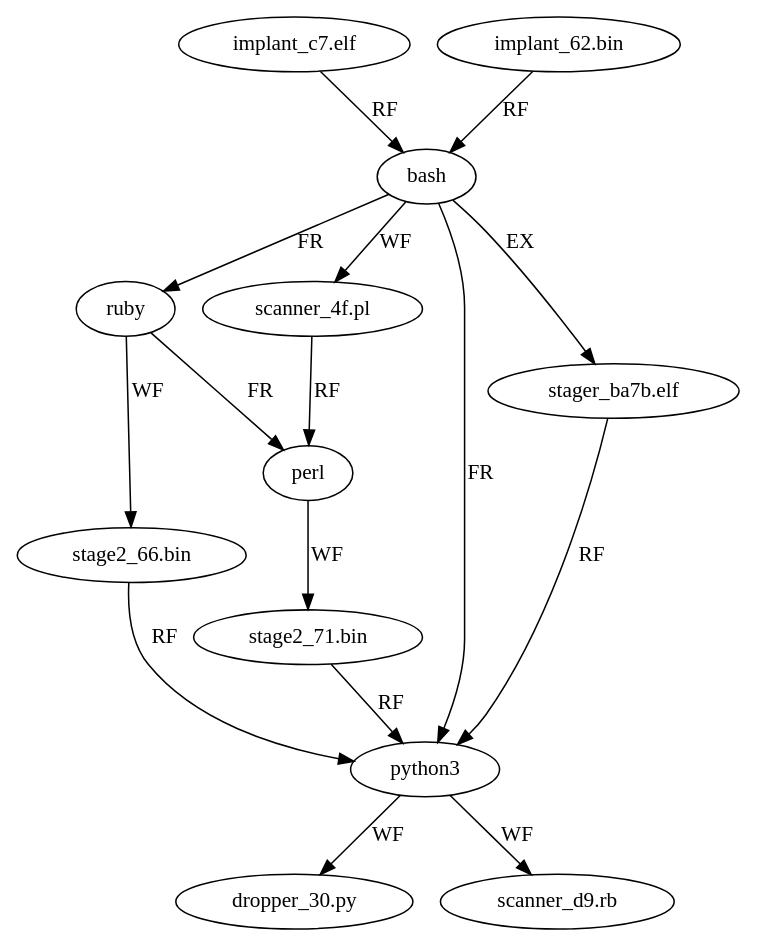
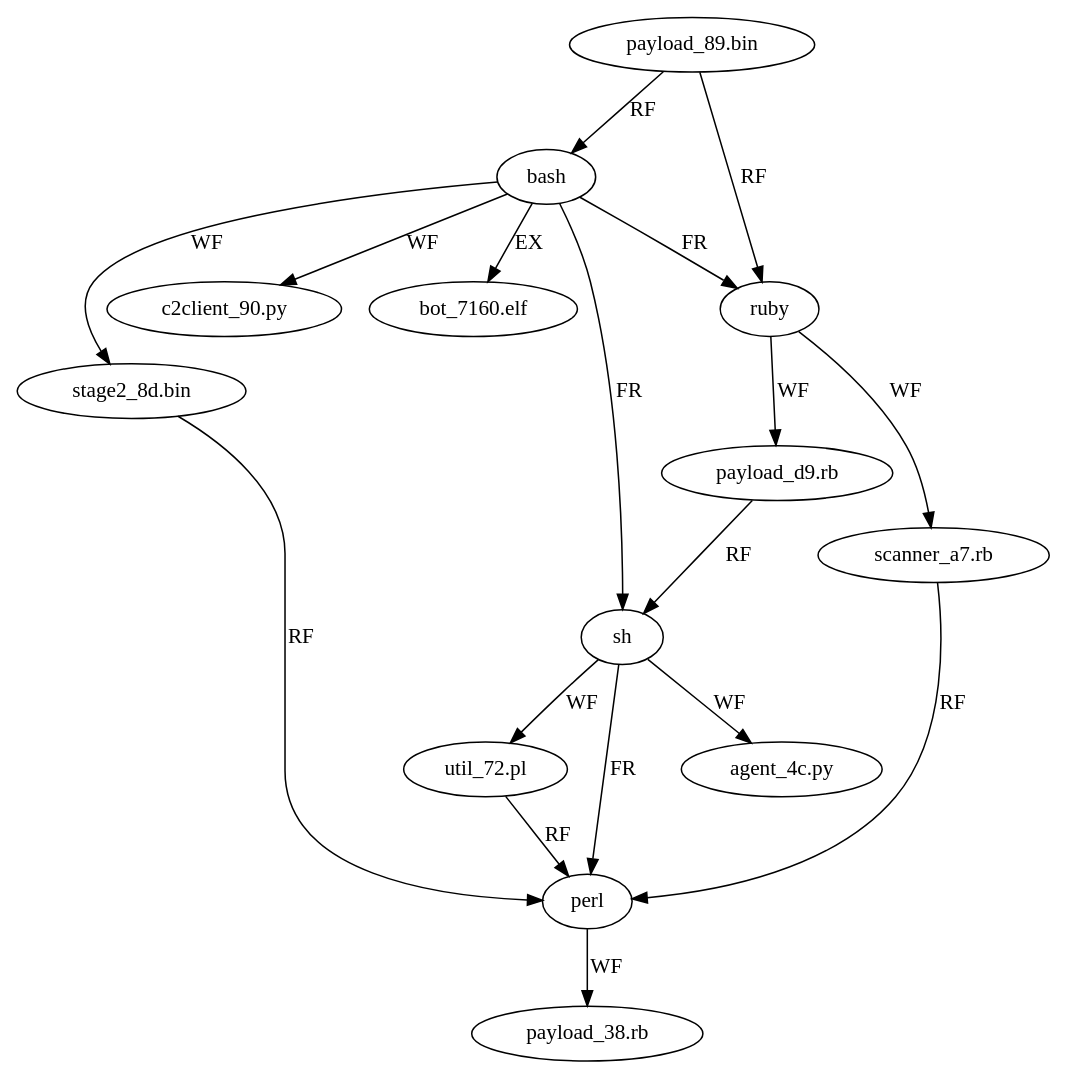
The diagram in Attack_Agent/result_handoff/APT38/clusters/cluster_02_T1059.003.dot (gianghitran/MARL-VariantHunter-Architecture), drawn with Graphviz before and after one commit. The commit also changed 3528 other files, not shown here.

```diff
--- a/Attack_Agent/result_handoff/APT38/clusters/cluster_02_T1059.003.dot
+++ b/Attack_Agent/result_handoff/APT38/clusters/cluster_02_T1059.003.dot
@@ -1,29 +1,32 @@
 digraph {
   p0_s2 [label="bash" type=process stage="T1059.003"]
-  fin0_s2 [label="implant_c7.elf" type=file stage="T1059.003"]
-  fin1_s2 [label="implant_62.bin" type=file stage="T1059.003"]
+  fin0_s2 [label="payload_89.bin" type=file stage="T1059.003"]
   p1_s2 [label="ruby" type=process stage="T1059.003"]
-  f0_0_s2 [label="stage2_66.bin" type=file stage="T1059.003"]
-  p2_s2 [label="perl" type=process stage="T1059.003"]
-  f1_0_s2 [label="stage2_71.bin" type=file stage="T1059.003"]
-  p3_s2 [label="python3" type=process stage="T1059.003"]
-  f2_0_s2 [label="dropper_30.py" type=file stage="T1059.003"]
-  f2_1_s2 [label="scanner_d9.rb" type=file stage="T1059.003"]
-  fh0_s2 [label="scanner_4f.pl" type=file stage="T1059.003"]
-  exec_s2 [label="stager_ba7b.elf" type=file stage="T1059.003"]
+  f0_0_s2 [label="scanner_a7.rb" type=file stage="T1059.003"]
+  f0_1_s2 [label="payload_d9.rb" type=file stage="T1059.003"]
+  p2_s2 [label="sh" type=process stage="T1059.003"]
+  f1_0_s2 [label="agent_4c.py" type=file stage="T1059.003"]
+  f1_1_s2 [label="util_72.pl" type=file stage="T1059.003"]
+  p3_s2 [label="perl" type=process stage="T1059.003"]
+  f2_0_s2 [label="payload_38.rb" type=file stage="T1059.003"]
+  fh0_s2 [label="c2client_90.py" type=file stage="T1059.003"]
+  fh1_s2 [label="stage2_8d.bin" type=file stage="T1059.003"]
+  exec_s2 [label="bot_7160.elf" type=file stage="T1059.003"]
   fin0_s2 -> p0_s2 [label="RF"]
-  fin1_s2 -> p0_s2 [label="RF"]
   p0_s2 -> p1_s2 [label="FR"]
   p1_s2 -> f0_0_s2 [label="WF"]
-  p1_s2 -> p2_s2 [label="FR"]
+  p1_s2 -> f0_1_s2 [label="WF"]
+  fin0_s2 -> p1_s2 [label="RF"]
+  p0_s2 -> p2_s2 [label="FR"]
   p2_s2 -> f1_0_s2 [label="WF"]
-  p0_s2 -> p3_s2 [label="FR"]
+  p2_s2 -> f1_1_s2 [label="WF"]
+  p2_s2 -> p3_s2 [label="FR"]
   p3_s2 -> f2_0_s2 [label="WF"]
-  p3_s2 -> f2_1_s2 [label="WF"]
   f0_0_s2 -> p3_s2 [label="RF"]
-  f1_0_s2 -> p3_s2 [label="RF"]
+  f1_1_s2 -> p3_s2 [label="RF"]
   p0_s2 -> fh0_s2 [label="WF"]
+  p0_s2 -> fh1_s2 [label="WF"]
   p0_s2 -> exec_s2 [label="EX"]
-  exec_s2 -> p3_s2 [label="RF"]
-  fh0_s2 -> p2_s2 [label="RF"]
+  fh1_s2 -> p3_s2 [label="RF"]
+  f0_1_s2 -> p2_s2 [label="RF"]
 }
```
